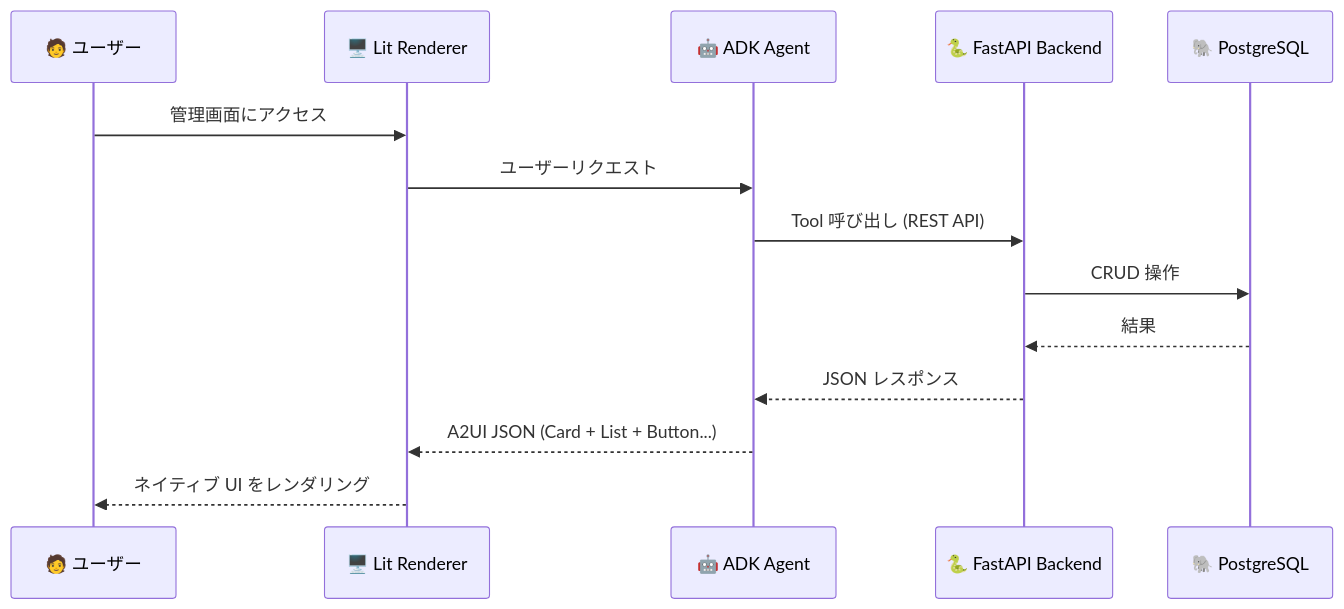
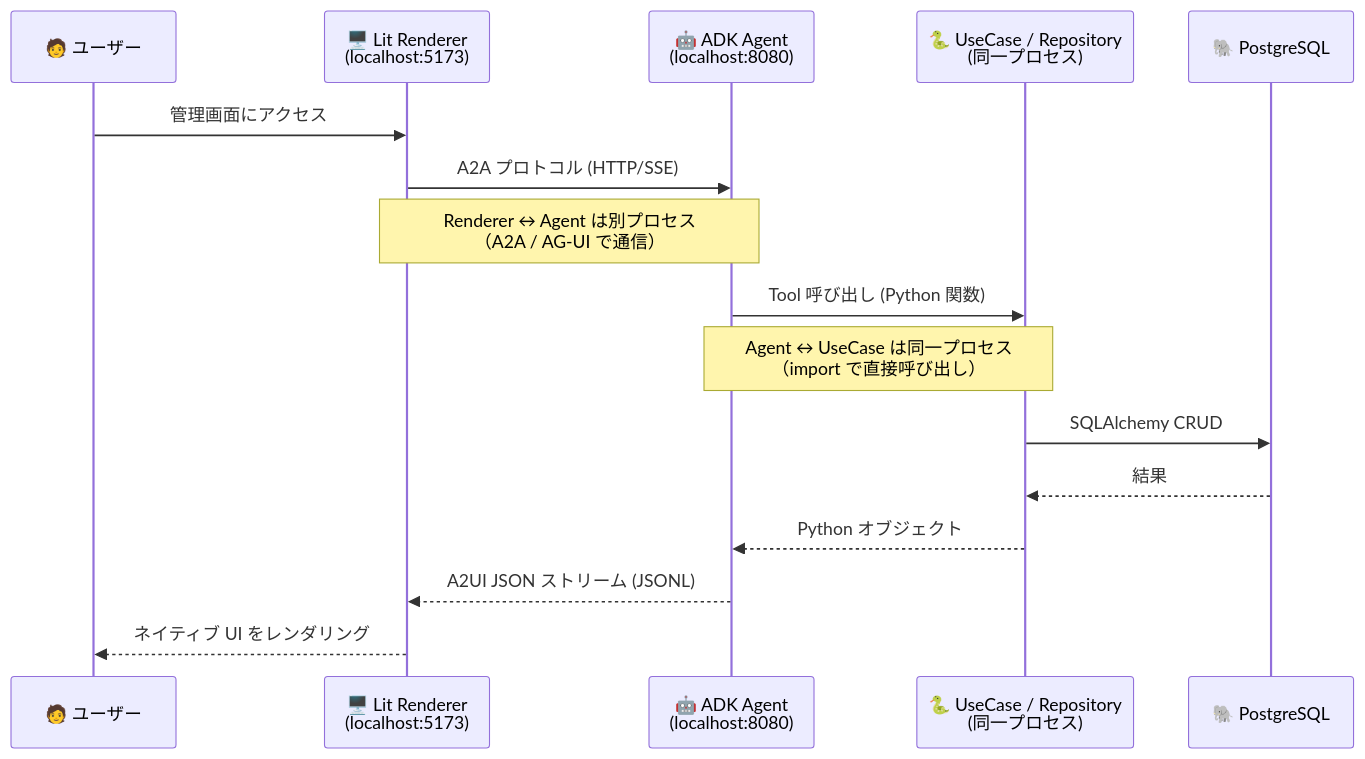
Before and after one commit to tyorikan/migration-with-ai: the third of 3 diagrams in workshop-real/04-frontend-a2ui/README.md, drawn with Mermaid. The commit also changed other lines of this file and 2 other files, not shown here.

First line of the commit message:
fix: A2UI Tool定義を REST 呼び出しから UseCase 直接呼び出しに修正

````diff
--- a/workshop-real/04-frontend-a2ui/README.md
+++ b/workshop-real/04-frontend-a2ui/README.md
@@ -63,17 +65,19 @@
 ```mermaid
 sequenceDiagram
     participant User as 🧑 ユーザー
-    participant Renderer as 🖥️ Lit Renderer
-    participant Agent as 🤖 ADK Agent
-    participant API as 🐍 FastAPI Backend
+    participant Renderer as 🖥️ Lit Renderer<br/>(localhost:5173)
+    participant Agent as 🤖 ADK Agent<br/>(localhost:8080)
+    participant UseCase as 🐍 UseCase / Repository<br/>(同一プロセス)
     participant DB as 🐘 PostgreSQL
 
     User->>Renderer: 管理画面にアクセス
-    Renderer->>Agent: ユーザーリクエスト
-    Agent->>API: Tool 呼び出し (REST API)
-    API->>DB: CRUD 操作
-    DB-->>API: 結果
-    API-->>Agent: JSON レスポンス
-    Agent-->>Renderer: A2UI JSON (Card + List + Button...)
+    Renderer->>Agent: A2A プロトコル (HTTP/SSE)
+    Note over Renderer,Agent: Renderer ↔ Agent は別プロセス<br/>（A2A / AG-UI で通信）
+    Agent->>UseCase: Tool 呼び出し (Python 関数)
+    Note over Agent,UseCase: Agent ↔ UseCase は同一プロセス<br/>（import で直接呼び出し）
+    UseCase->>DB: SQLAlchemy CRUD
+    DB-->>UseCase: 結果
+    UseCase-->>Agent: Python オブジェクト
+    Agent-->>Renderer: A2UI JSON ストリーム (JSONL)
     Renderer-->>User: ネイティブ UI をレンダリング
 ```
````
